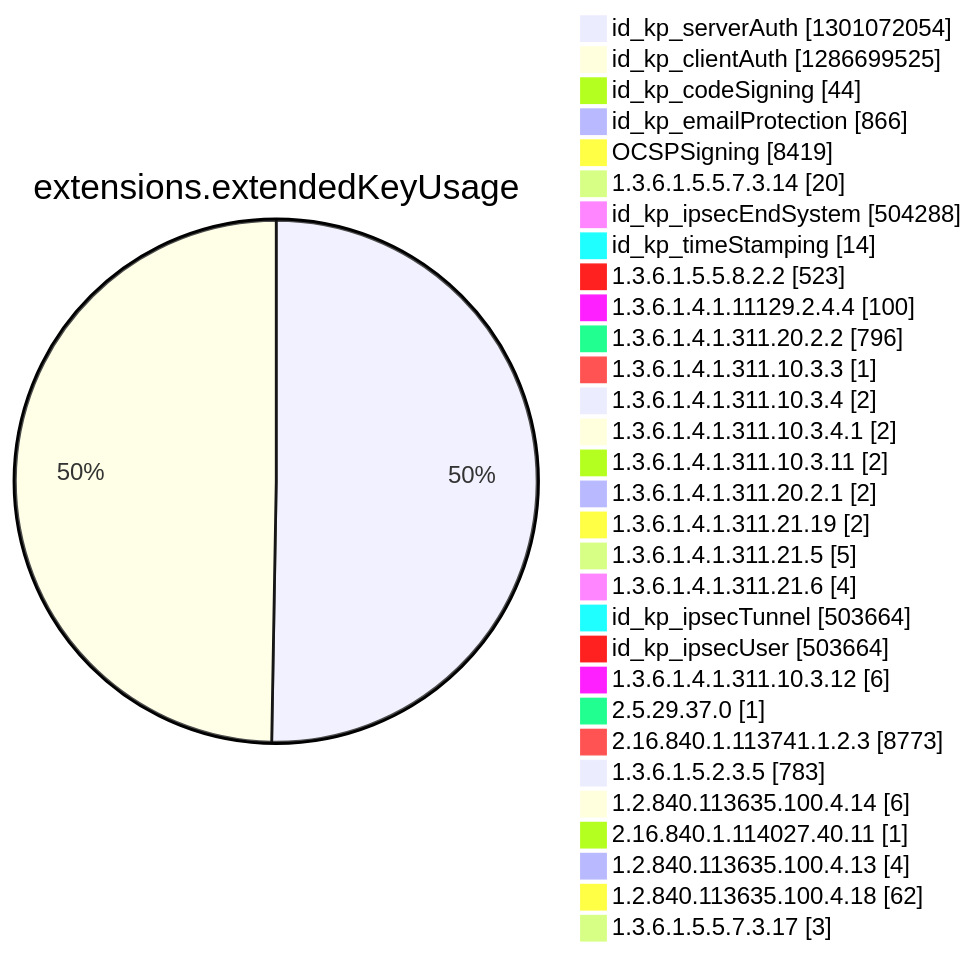
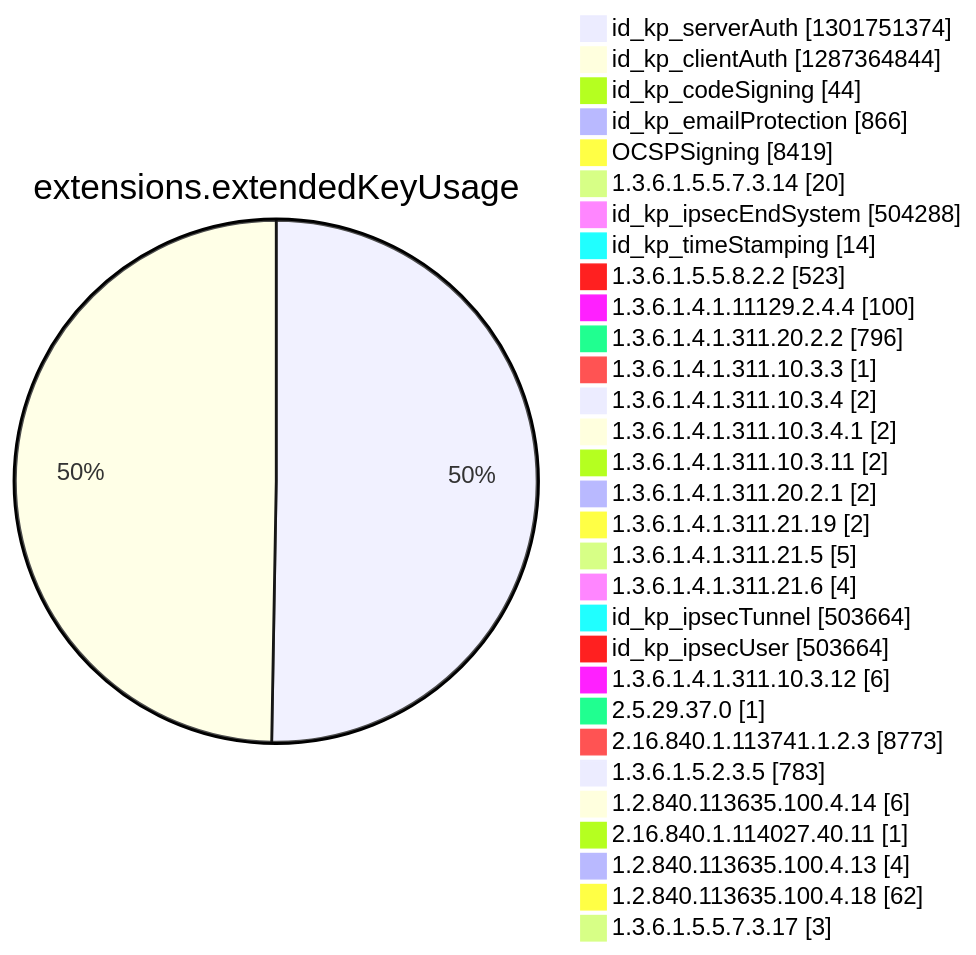
One commit to christiankrug/ctmonitor_visualization changed diagram 12 of 15 in argon2022/README.md. Above: the diagram before and after it, drawn with Mermaid. The commit also changed other lines of this file, not shown here.

````diff
--- a/argon2022/README.md
+++ b/argon2022/README.md
@@ -3551,34 +3551,34 @@
 ```mermaid
 pie showData
 title extensions.extendedKeyUsage
-"id_kp_serverAuth" :1301072054
-"id_kp_clientAuth" :1286699525
+"id_kp_serverAuth" :1301751374
+"id_kp_clientAuth" :1287364844
 "id_kp_codeSigning" :44
 "id_kp_emailProtection" :866
 "OCSPSigning" :8419
 "1.3.6.1.5.5.7.3.14" :20
 "id_kp_ipsecEndSystem" :504288
 "id_kp_timeStamping" :14
 "1.3.6.1.5.5.8.2.2" :523
 "1.3.6.1.4.1.11129.2.4.4" :100
 "1.3.6.1.4.1.311.20.2.2" :796
 "1.3.6.1.4.1.311.10.3.3" :1
 "1.3.6.1.4.1.311.10.3.4" :2
 "1.3.6.1.4.1.311.10.3.4.1" :2
 "1.3.6.1.4.1.311.10.3.11" :2
 "1.3.6.1.4.1.311.20.2.1" :2
 "1.3.6.1.4.1.311.21.19" :2
 "1.3.6.1.4.1.311.21.5" :5
 "1.3.6.1.4.1.311.21.6" :4
 "id_kp_ipsecTunnel" :503664
 "id_kp_ipsecUser" :503664
 "1.3.6.1.4.1.311.10.3.12" :6
 "2.5.29.37.0" :1
 "2.16.840.1.113741.1.2.3" :8773
 "1.3.6.1.5.2.3.5" :783
 "1.2.840.113635.100.4.14" :6
 "2.16.840.1.114027.40.11" :1
 "1.2.840.113635.100.4.13" :4
 "1.2.840.113635.100.4.18" :62
 "1.3.6.1.5.5.7.3.17" :3
 ```
````
